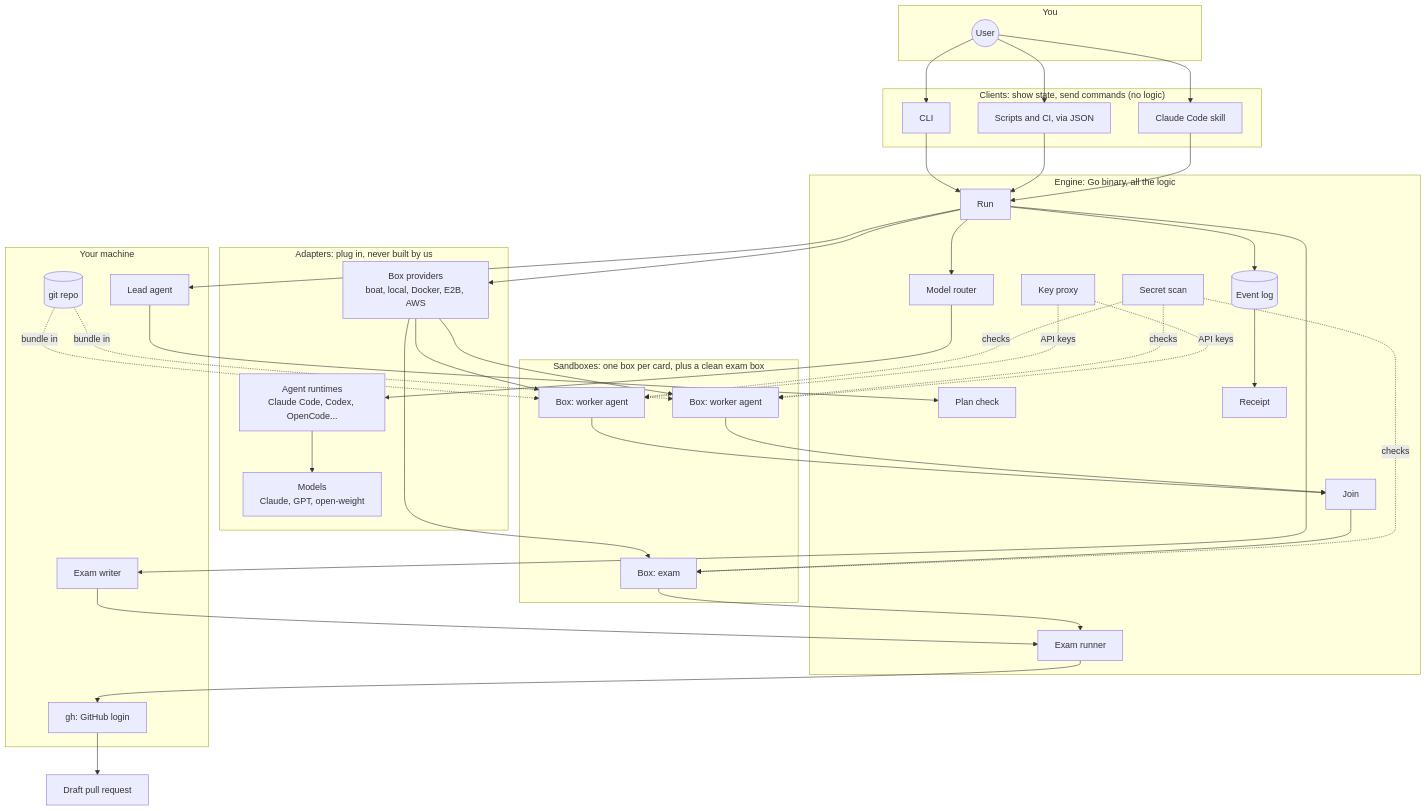
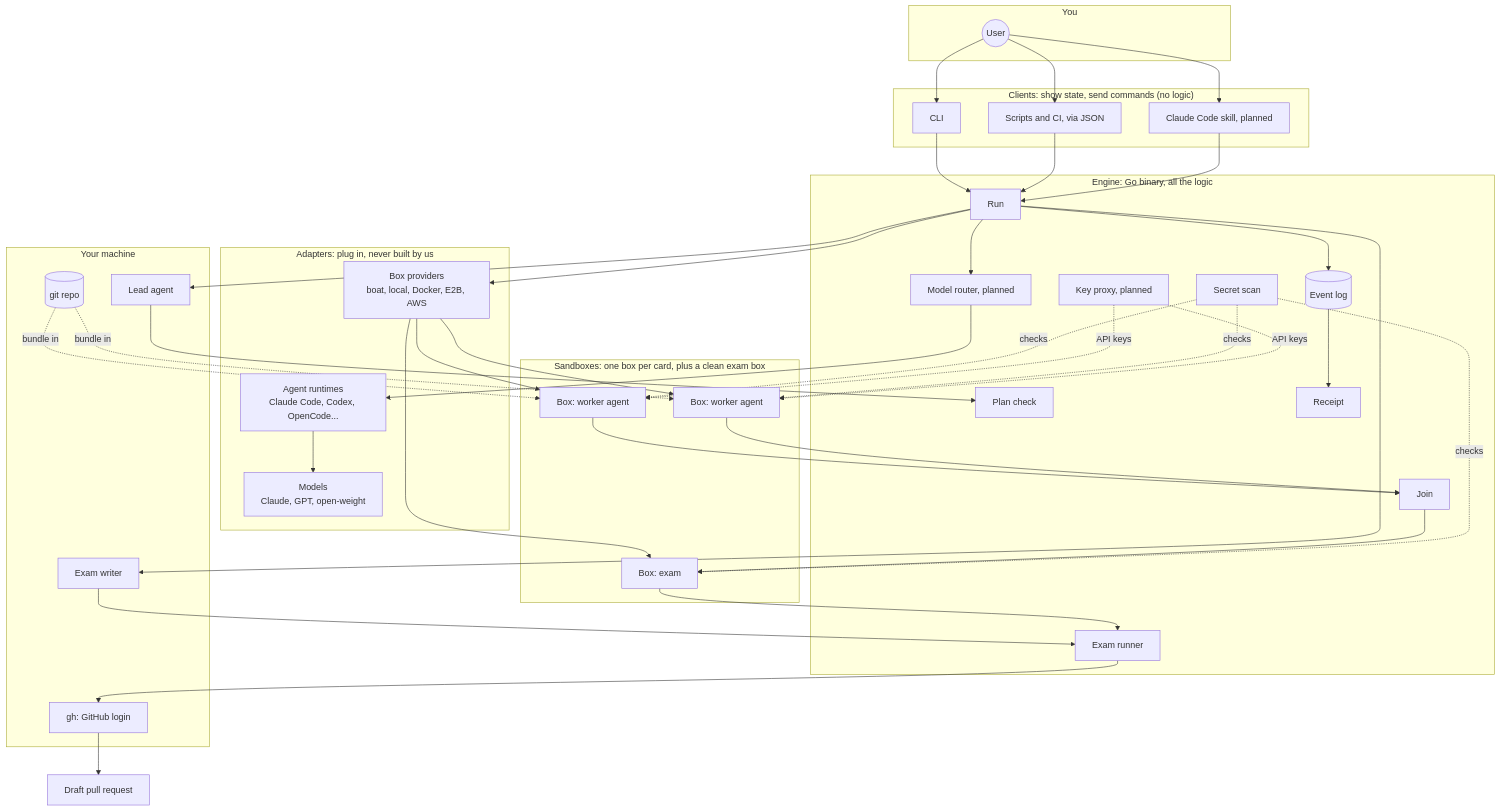
Before and after one commit to josephgoksu/TaskWing: the first of 4 diagrams in docs/ARCHITECTURE.md, drawn with Mermaid. The commit also changed other lines of this file and 55 other files, not shown here.

````diff
--- a/docs/ARCHITECTURE.md
+++ b/docs/ARCHITECTURE.md
@@ -17,55 +17,55 @@
 ```mermaid
 flowchart TB
   subgraph You["You"]
     U((User))
   end
 
   subgraph Clients["Clients: show state, send commands (no logic)"]
     CLI[CLI]
     JS[Scripts and CI, via JSON]
-    SK[Claude Code skill]
+    SK[Claude Code skill, planned]
   end
 
   subgraph Engine["Engine: Go binary, all the logic"]
     RUN[Run]
     PLANCHK[Plan check]
-    ROUTER[Model router]
+    ROUTER[Model router, planned]
     EXAMR[Exam runner]
     JOIN[Join]
     SCAN[Secret scan]
-    PROXY[Key proxy]
+    PROXY[Key proxy, planned]
     LOG[(Event log)]
     REC[Receipt]
   end
 
   subgraph Host["Your machine"]
     LEAD[Lead agent]
     EW[Exam writer]
     GIT[(git repo)]
     GH[gh: GitHub login]
   end
 
   subgraph Sandboxes["Sandboxes: one box per card, plus a clean exam box"]
     B1[Box: worker agent]
     B2[Box: worker agent]
     BX[Box: exam]
   end
 
   subgraph Adapters["Adapters: plug in, never built by us"]
     BP[Box providers<br/>boat, local, Docker, E2B, AWS]
     AR[Agent runtimes<br/>Claude Code, Codex, OpenCode...]
     MD[Models<br/>Claude, GPT, open-weight]
   end
 
   U --> CLI & JS & SK --> RUN
   RUN --> LEAD --> PLANCHK
   RUN --> EW --> EXAMR
   RUN --> ROUTER --> AR --> MD
   RUN --> BP --> B1 & B2 & BX
   B1 & B2 --> JOIN --> BX --> EXAMR
   EXAMR --> GH --> PR[Draft pull request]
   SCAN -.checks.-> B1 & B2 & BX
   PROXY -.API keys.-> B1 & B2
   RUN --> LOG --> REC
   GIT -.bundle in.-> B1 & B2
 ```
````
